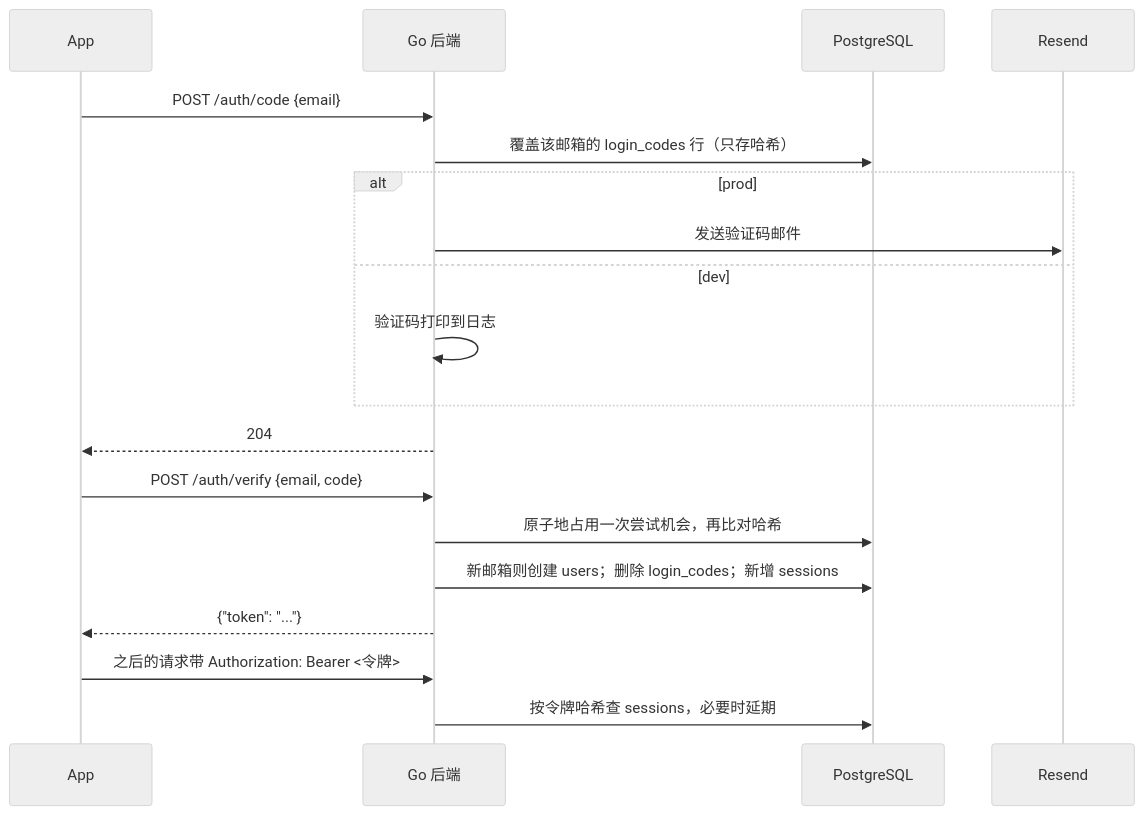
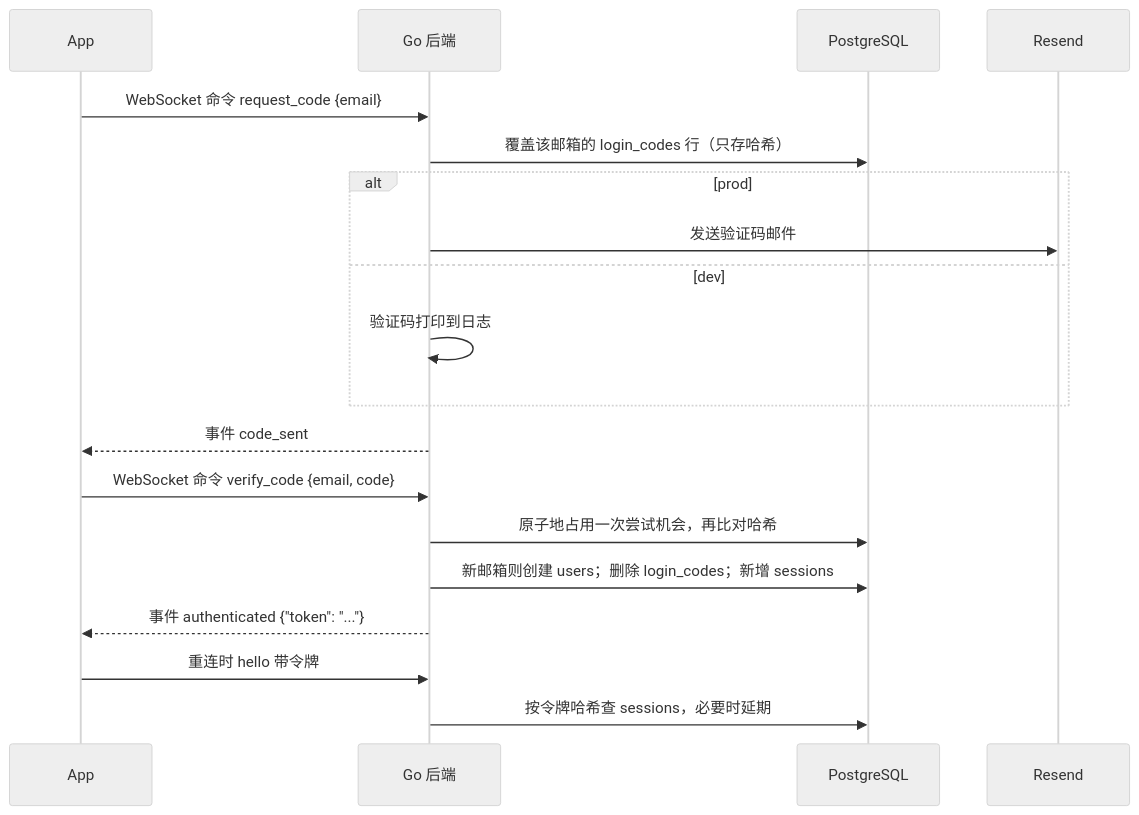
One commit to OmniNetOpensource/aether-personal changed the diagram in docs/wiki/03-auth.md. Above: the diagram before and after it, drawn with Mermaid (neutral theme). The commit also changed other lines of this file and 13 other files, not shown here.

````diff
--- a/docs/wiki/03-auth.md
+++ b/docs/wiki/03-auth.md
@@ -19,24 +19,24 @@
 ```mermaid
 sequenceDiagram
     participant App
     participant API as Go 后端
     participant DB as PostgreSQL
     participant Resend
 
-    App->>API: POST /auth/code {email}
+    App->>API: WebSocket 命令 request_code {email}
     API->>DB: 覆盖该邮箱的 login_codes 行（只存哈希）
     alt prod
         API->>Resend: 发送验证码邮件
     else dev
         API->>API: 验证码打印到日志
     end
-    API-->>App: 204
+    API-->>App: 事件 code_sent
 
-    App->>API: POST /auth/verify {email, code}
+    App->>API: WebSocket 命令 verify_code {email, code}
     API->>DB: 原子地占用一次尝试机会，再比对哈希
     API->>DB: 新邮箱则创建 users；删除 login_codes；新增 sessions
-    API-->>App: {"token": "..."}
+    API-->>App: 事件 authenticated {"token": "..."}
 
-    App->>API: 之后的请求带 Authorization: Bearer <令牌>
+    App->>API: 重连时 hello 带令牌
     API->>DB: 按令牌哈希查 sessions，必要时延期
 ```
````
